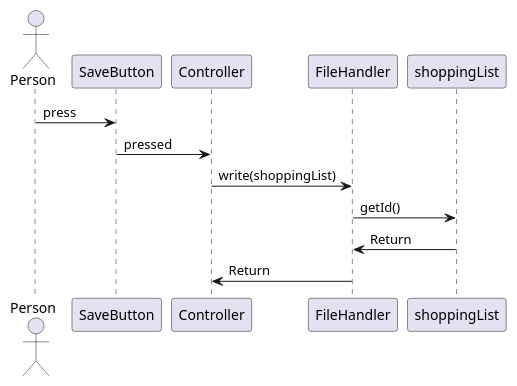
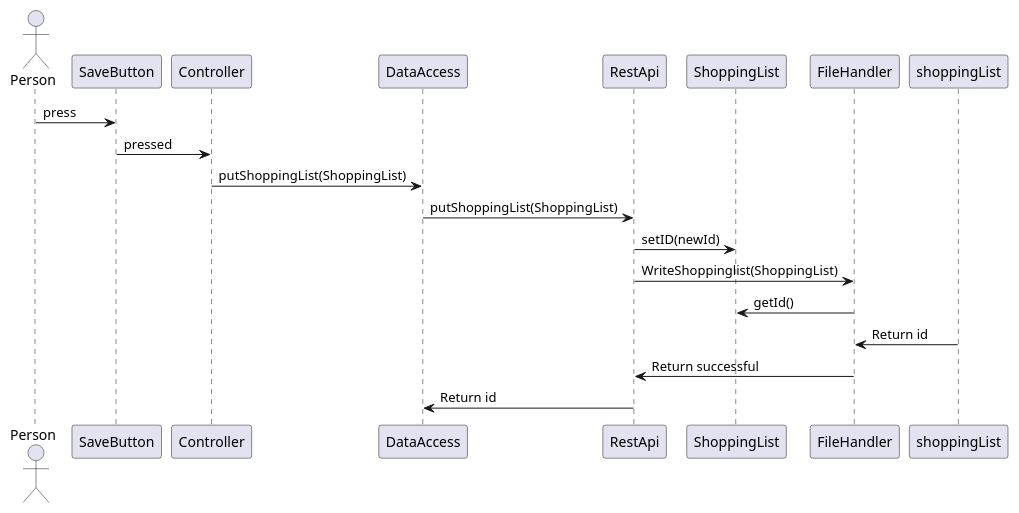
One commit to Espenbfo/shopping-list-java-project changed the diagram in README.md. Above: the diagram before and after it, drawn with PlantUML. The commit also changed other lines of this file, not shown here.

Commit message:
Updates the Diagram in the README.md

````diff
--- a/README.md
+++ b/README.md
@@ -10,9 +10,13 @@
 ```plantuml
 actor Person
 Person -> SaveButton: press
 SaveButton -> Controller: pressed
-Controller -> FileHandler: write(shoppingList)
-FileHandler -> shoppingList: getId()
-shoppingList -> FileHandler: Return
-FileHandler -> Controller: Return
+Controller -> DataAccess: putShoppingList(ShoppingList)
+DataAccess -> RestApi: putShoppingList(ShoppingList)
+RestApi -> ShoppingList: setID(newId)
+RestApi -> FileHandler: WriteShoppinglist(ShoppingList)
+FileHandler -> ShoppingList: getId()
+shoppingList -> FileHandler: Return id
+FileHandler -> RestApi: Return successful
+RestApi -> DataAccess: Return id
 ```
````
